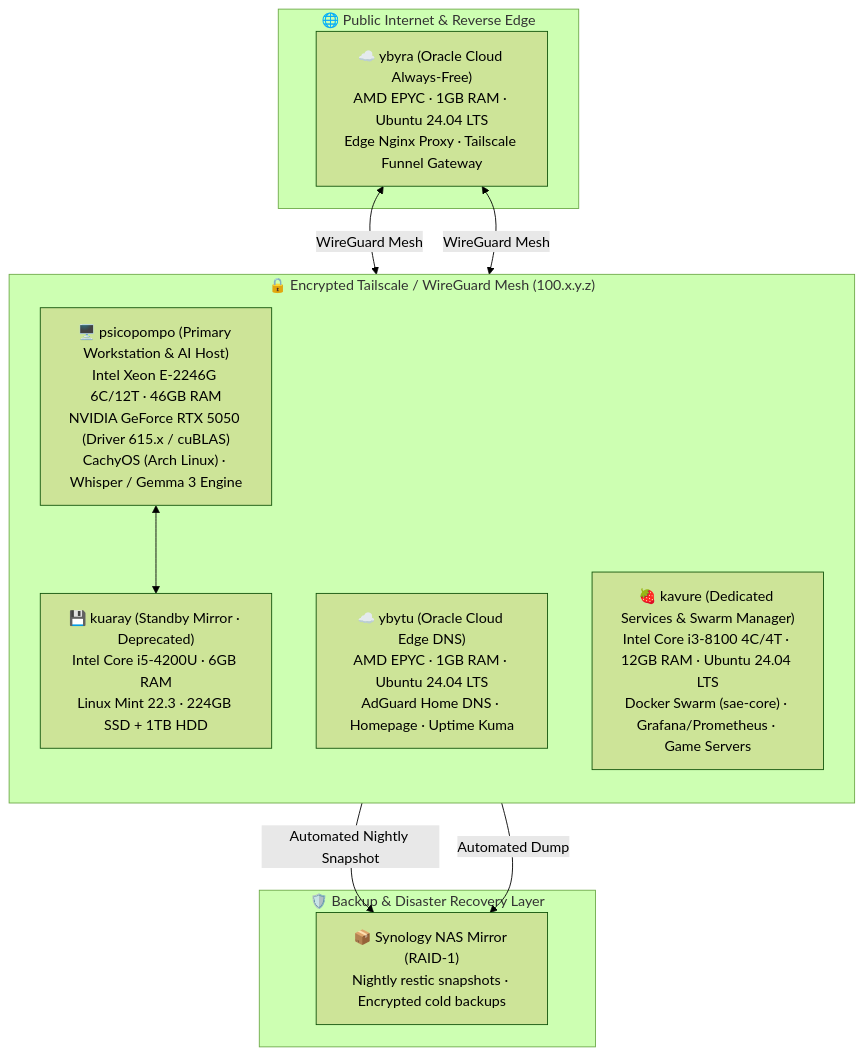
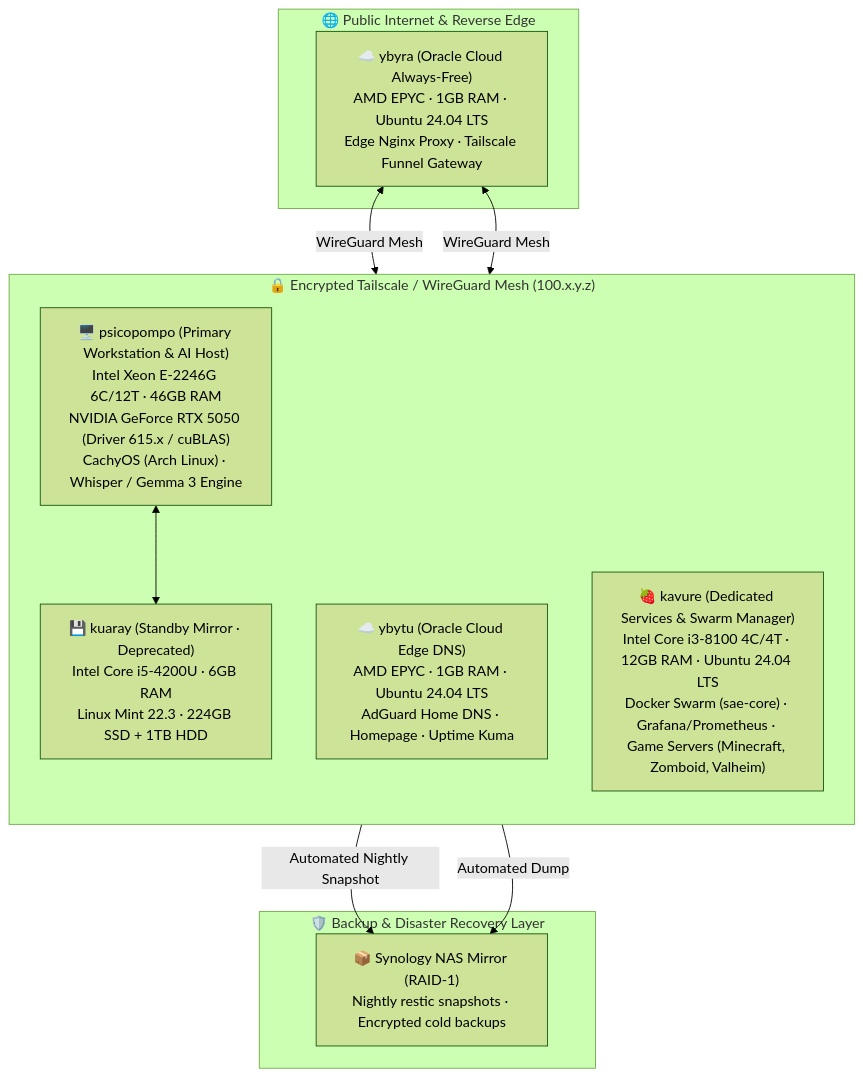
The diagram in README.md (ceduardorodrig/MNEMOCINE), drawn with Mermaid (forest theme) before and after one commit. The commit also changed other lines of this file and 1 other file, not shown here.

````diff
--- a/README.md
+++ b/README.md
@@ -45,28 +45,28 @@
 ```mermaid
 flowchart TD
     subgraph WAN ["🌐 Public Internet & Reverse Edge"]
         YBYRA["☁️ ybyra (Oracle Cloud Always-Free)<br/>AMD EPYC · 1GB RAM · Ubuntu 24.04 LTS<br/>Edge Nginx Proxy · Tailscale Funnel Gateway"]
     end
 
     subgraph MESH ["🔒 Encrypted Tailscale / WireGuard Mesh (100.x.y.z)"]
         direction TB
 
         PSICOPOMPO["🖥️ psicopompo (Primary Workstation & AI Host)<br/>Intel Xeon E-2246G 6C/12T · 46GB RAM<br/>NVIDIA GeForce RTX 5050 (Driver 615.x / cuBLAS)<br/>CachyOS (Arch Linux) · Whisper / Gemma 3 Engine"]
 
         YBYTU["☁️ ybytu (Oracle Cloud Edge DNS)<br/>AMD EPYC · 1GB RAM · Ubuntu 24.04 LTS<br/>AdGuard Home DNS · Homepage · Uptime Kuma"]
 
-        KAVURE["🍓 kavure (Dedicated Services & Swarm Manager)<br/>Intel Core i3-8100 4C/4T · 12GB RAM · Ubuntu 24.04 LTS<br/>Docker Swarm (sae-core) · Grafana/Prometheus · Game Servers"]
+        KAVURE["🍓 kavure (Dedicated Services & Swarm Manager)<br/>Intel Core i3-8100 4C/4T · 12GB RAM · Ubuntu 24.04 LTS<br/>Docker Swarm (sae-core) · Grafana/Prometheus · Game Servers (Minecraft, Zomboid, Valheim)"]
 
         KUARAY["💾 kuaray (Standby Mirror · Deprecated)<br/>Intel Core i5-4200U · 6GB RAM<br/>Linux Mint 22.3 · 224GB SSD + 1TB HDD"]
     end
 
     subgraph STORAGE ["🛡️ Backup & Disaster Recovery Layer"]
         NAS["📦 Synology NAS Mirror (RAID-1)<br/>Nightly restic snapshots · Encrypted cold backups"]
     end
 
     YBYRA <-->|WireGuard Mesh| PSICOPOMPO
     YBYRA <-->|WireGuard Mesh| KAVURE
     PSICOPOMPO <--> KUARAY
     PSICOPOMPO -->|Automated Nightly Snapshot| NAS
     KAVURE -->|Automated Dump| NAS
 ```
````
